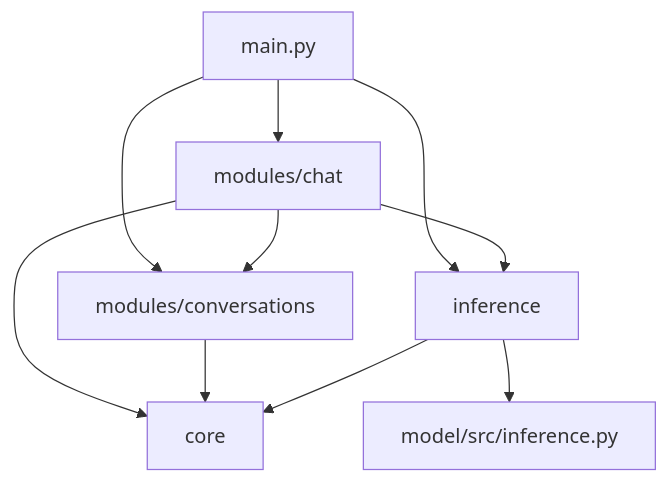
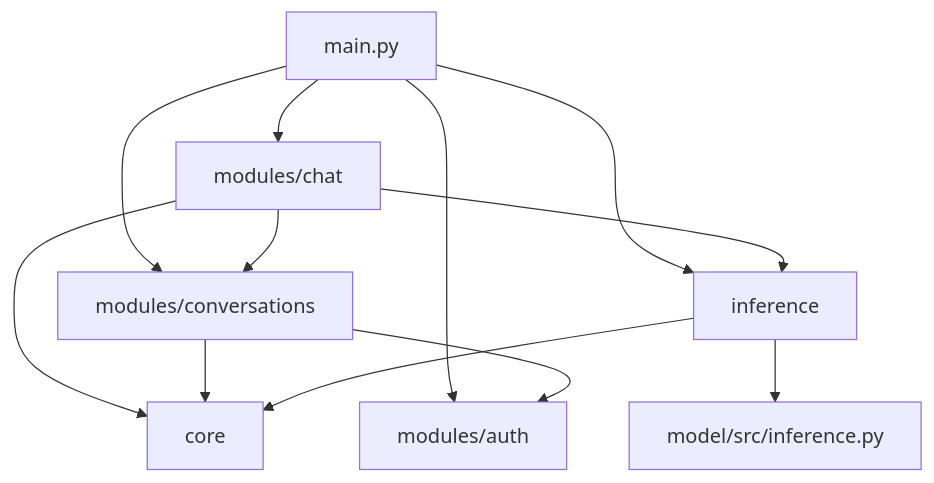
Before and after one commit to abdurrahmanse/brainX: the first of 3 diagrams in docs/BACKEND.md, drawn with Mermaid. The commit also changed other lines of this file and 8 other files, not shown here.

First line of the commit message:
Update README, architecture, backend, frontend, and project documentation for user authentication and portfolio features

````diff
--- a/docs/BACKEND.md
+++ b/docs/BACKEND.md
@@ -78,12 +81,14 @@
 ```mermaid
 flowchart TD
     M[main.py] --> C[modules/chat]
     M --> V[modules/conversations]
+    M --> A[modules/auth]
     M --> I[inference]
     C --> V
     C --> I
     C --> R[core]
     V --> R
+    V --> A
     I --> R
     I --> S[model/src/inference.py]
 ```
````
